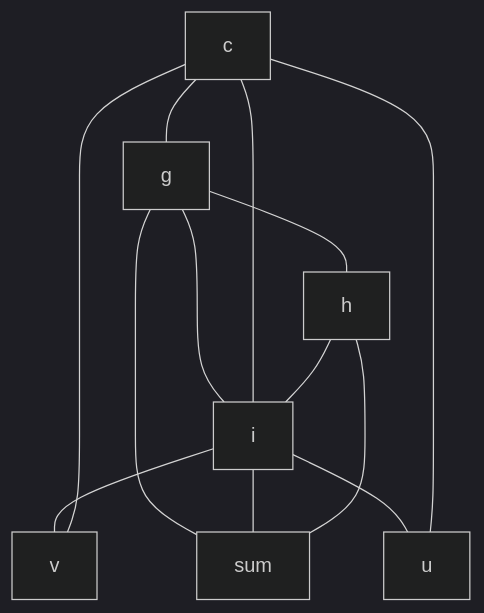
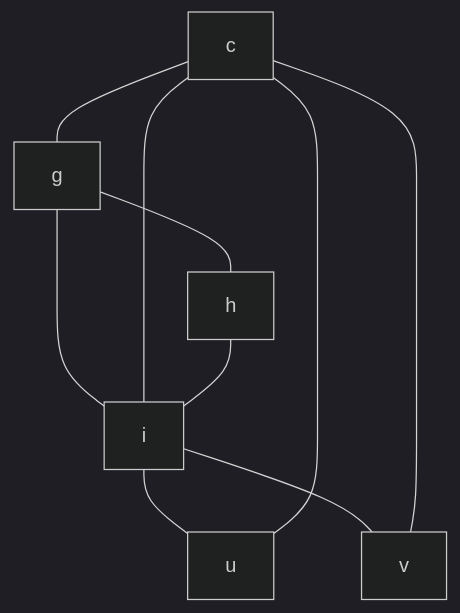
Before and after one commit to Yosshi999/ARCGolfVisualizer: the sixth of 6 diagrams in zlib_optimizer/graph.md, drawn with Mermaid (dark theme). The commit also changed other lines of this file and 1 other file, not shown here.

Commit message:
refactoring and remove builtin keywords from collision graph

````diff
--- a/zlib_optimizer/graph.md
+++ b/zlib_optimizer/graph.md
@@ -85,15 +85,12 @@
 ```mermaid
 graph TB
+  i --- u
+  i --- v
+  g --- i
   g --- h
-  g --- sum
-  g --- i
-  i --- v
-  i --- sum
-  i --- u
+  c --- i
+  c --- u
   c --- v
   c --- g
-  c --- u
-  c --- i
-  h --- sum
   h --- i
 ```
````
